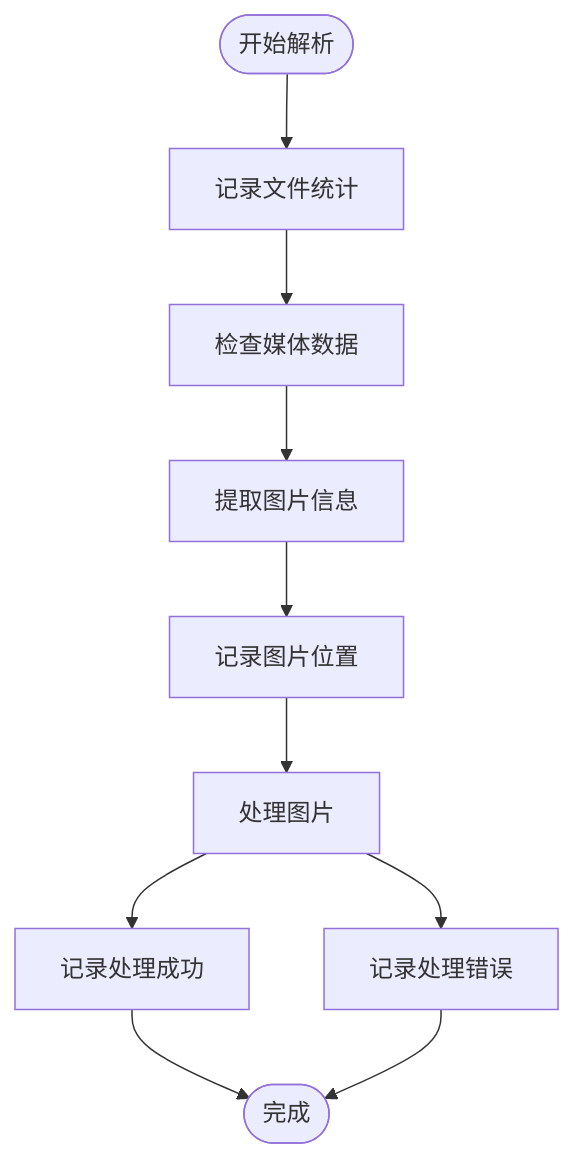
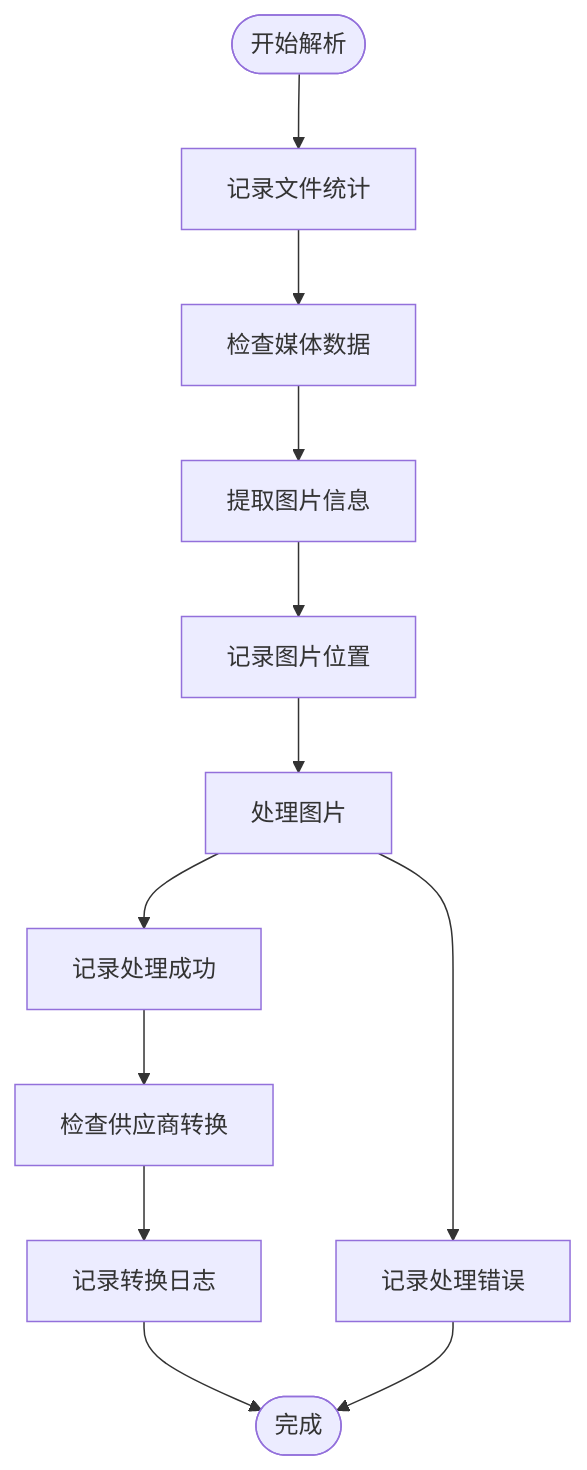
The ninth of 12 diagrams in .qoder/repowiki/zh/content/Excel Import System.md (three3638-arch/celestia_2b), drawn with Mermaid before and after one commit. The commit also changed other lines of this file and 5 other files, not shown here.

````diff
--- a/.qoder/repowiki/zh/content/Excel Import System.md
+++ b/.qoder/repowiki/zh/content/Excel Import System.md
@@ -358,12 +438,14 @@
 ```mermaid
 flowchart TD
 Start([开始解析]) --> FileStats[记录文件统计]
 FileStats --> MediaCheck[检查媒体数据]
 MediaCheck --> ImageExtract[提取图片信息]
 ImageExtract --> PositionLog[记录图片位置]
 PositionLog --> Processing[处理图片]
 Processing --> Success[记录处理成功]
 Processing --> Error[记录处理错误]
-Success --> End([完成])
+Success --> SupplierCheck[检查供应商转换]
+SupplierCheck --> SupplierLog[记录转换日志]
+SupplierLog --> End([完成])
 Error --> End
 ```
````
